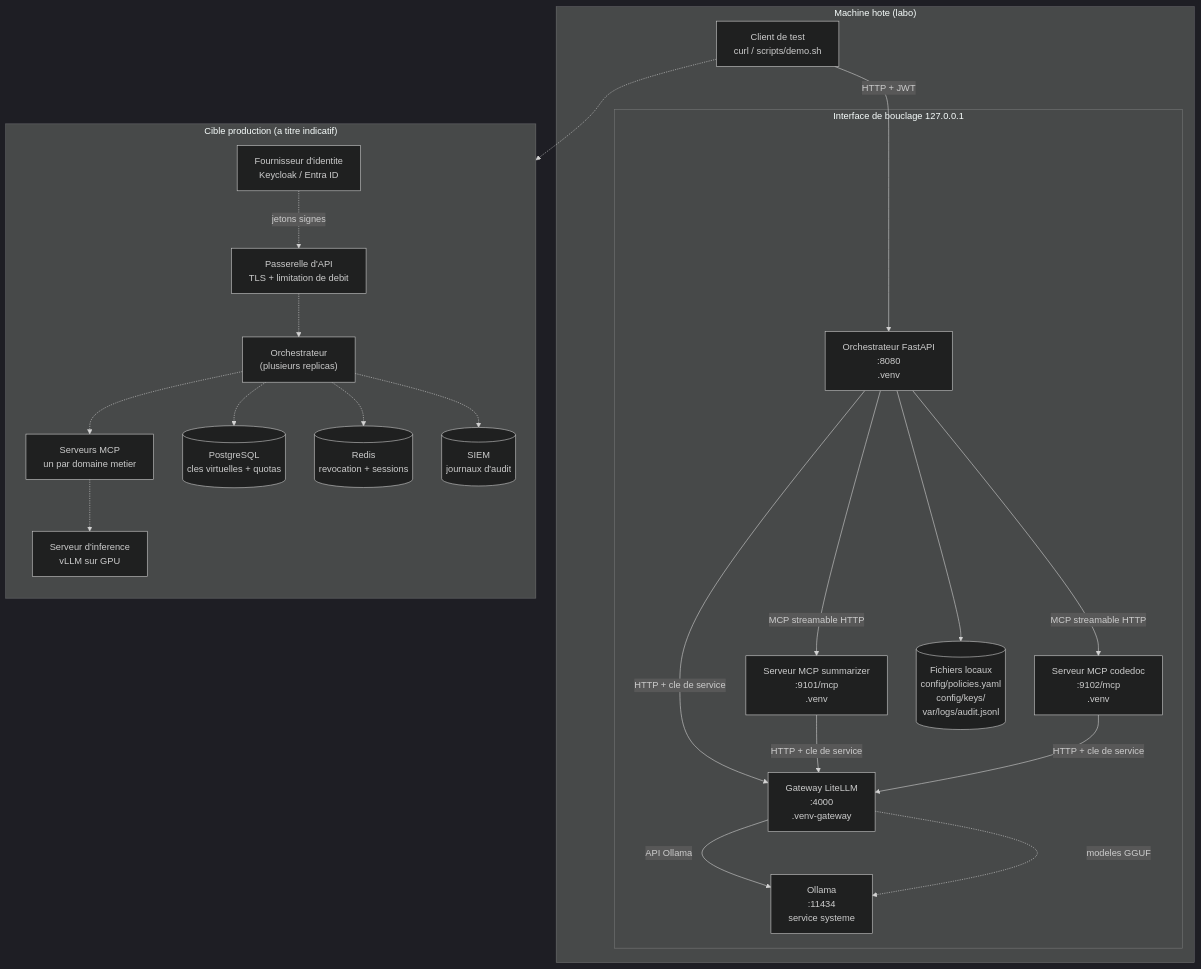
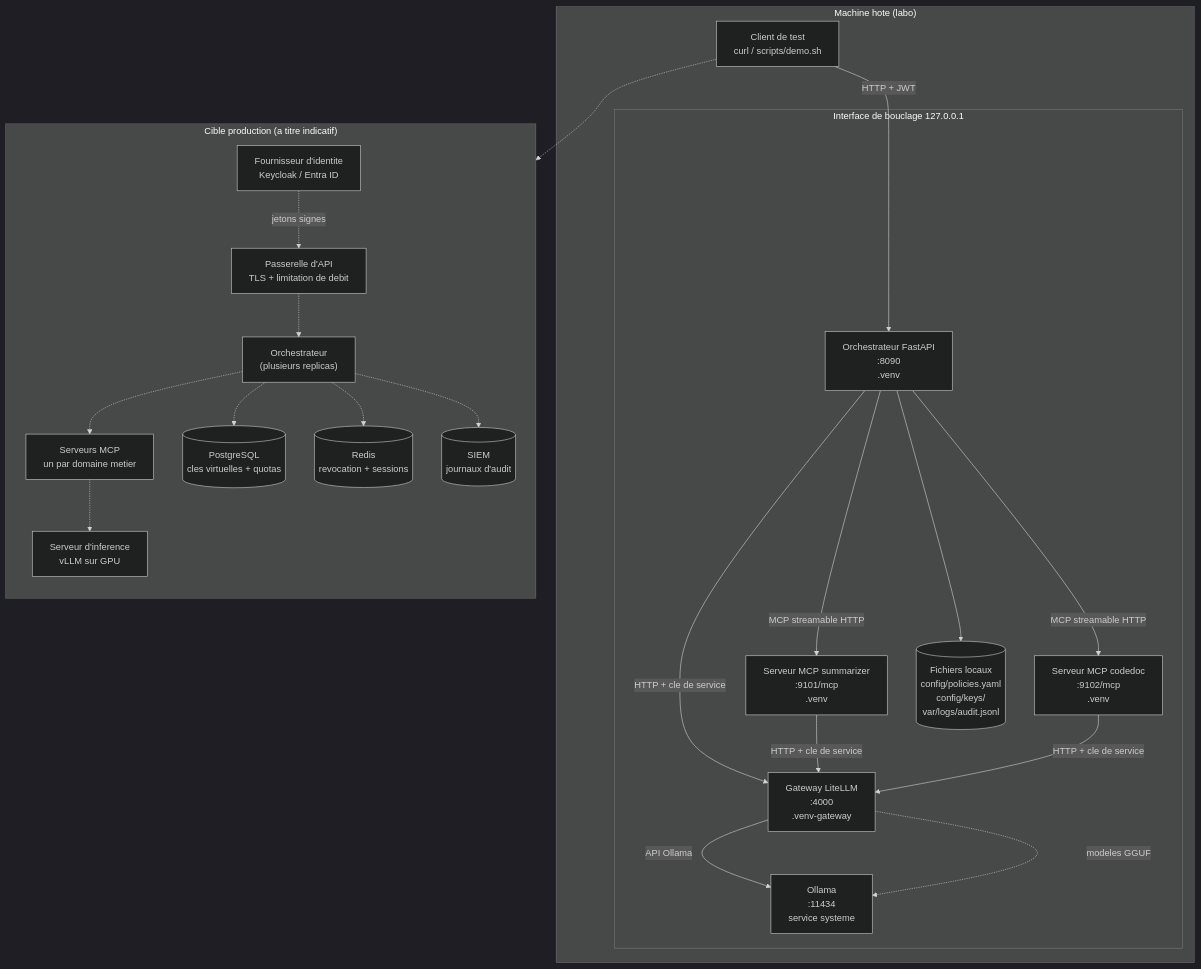
Before and after one commit to maraa081/IA-MCP: the diagram in docs/uml/04-deploiement.md, drawn with Mermaid (dark theme). The commit also changed 16 other files, not shown here.

````diff
--- a/docs/uml/04-deploiement.md
+++ b/docs/uml/04-deploiement.md
@@ -6,45 +6,45 @@
 ```mermaid
 flowchart TB
     subgraph POSTE["Machine hote (labo)"]
         subgraph LOOPBACK["Interface de bouclage 127.0.0.1"]
             GW["Gateway LiteLLM<br/>:4000<br/>.venv-gateway"]
-            ORCH["Orchestrateur FastAPI<br/>:8080<br/>.venv"]
+            ORCH["Orchestrateur FastAPI<br/>:8090<br/>.venv"]
             M1["Serveur MCP summarizer<br/>:9101/mcp<br/>.venv"]
             M2["Serveur MCP codedoc<br/>:9102/mcp<br/>.venv"]
             OLL["Ollama<br/>:11434<br/>service systeme"]
             FS[("Fichiers locaux<br/>config/policies.yaml<br/>config/keys/<br/>var/logs/audit.jsonl")]
         end
         CLI["Client de test<br/>curl / scripts/demo.sh"]
     end
 
     CLI -- "HTTP + JWT" --> ORCH
     ORCH -- "HTTP + cle de service" --> GW
     M1 -- "HTTP + cle de service" --> GW
     M2 -- "HTTP + cle de service" --> GW
     GW -- "API Ollama" --> OLL
     ORCH -- "MCP streamable HTTP" --> M1
     ORCH -- "MCP streamable HTTP" --> M2
     ORCH --> FS
     GW -. "modeles GGUF" .-> OLL
 
     subgraph FUTUR["Cible production (a titre indicatif)"]
         direction TB
         ING["Passerelle d'API<br/>TLS + limitation de debit"]
         IDP["Fournisseur d'identite<br/>Keycloak / Entra ID"]
         SVC1["Orchestrateur<br/>(plusieurs replicas)"]
         SVC2["Serveurs MCP<br/>un par domaine metier"]
         GPU["Serveur d'inference<br/>vLLM sur GPU"]
         RED[("Redis<br/>revocation + sessions")]
         PG[("PostgreSQL<br/>cles virtuelles + quotas")]
         SIEM[("SIEM<br/>journaux d'audit")]
     end
 
     CLI -.-> ING
     ING -.-> SVC1
     IDP -. "jetons signes" .-> ING
     SVC1 -.-> SVC2
     SVC1 -.-> PG
     SVC1 -.-> RED
     SVC2 -.-> GPU
     SVC1 -.-> SIEM
 ```
````
